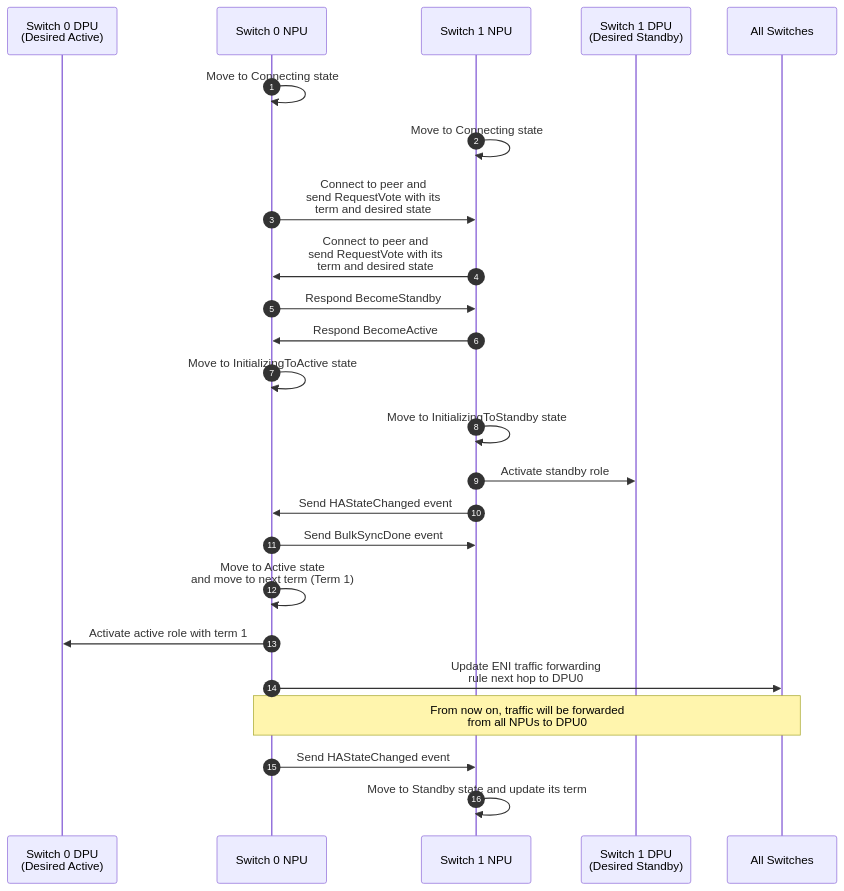
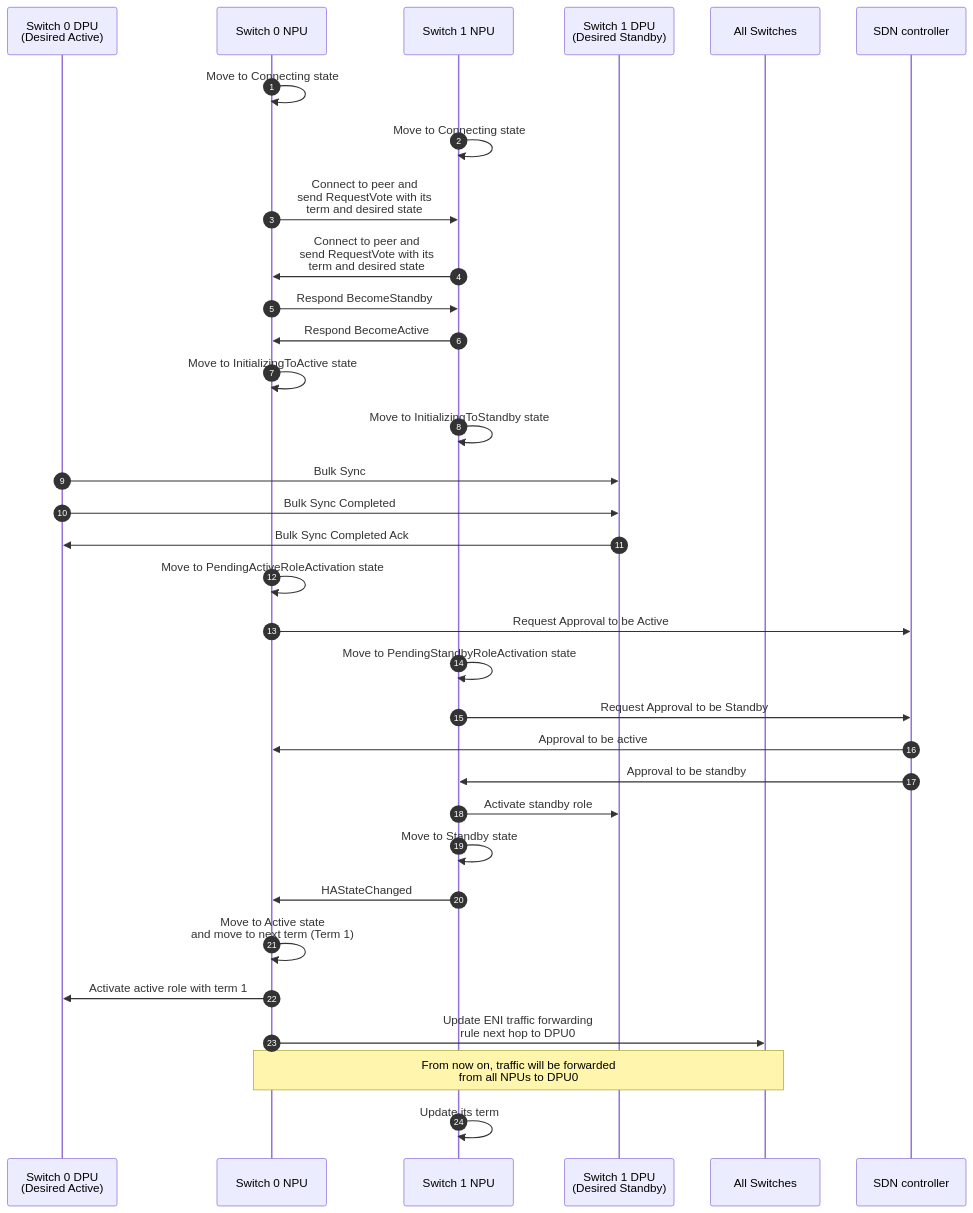
Before and after one commit to sonic-net/SONiC: the first of 6 diagrams in doc/smart-switch/high-availability/smart-switch-ha-hld.md, drawn with Mermaid. The commit also changed other lines of this file, not shown here.

````diff
--- a/doc/smart-switch/high-availability/smart-switch-ha-hld.md
+++ b/doc/smart-switch/high-availability/smart-switch-ha-hld.md
@@ -981,32 +983,40 @@
 ```mermaid
 sequenceDiagram
     autonumber
 
     participant S0D as Switch 0 DPU<br>(Desired Active)
     participant S0N as Switch 0 NPU
     participant S1N as Switch 1 NPU
     participant S1D as Switch 1 DPU<br>(Desired Standby)
     participant SA as All Switches
+    participant SDN as SDN controller
 
     S0N->>S0N: Move to Connecting state
     S1N->>S1N: Move to Connecting state
 
     S0N->>S1N: Connect to peer and<br>send RequestVote with its<br>term and desired state
     S1N->>S0N: Connect to peer and<br>send RequestVote with its<br>term and desired state
     S0N->>S1N: Respond BecomeStandby
     S1N->>S0N: Respond BecomeActive
 
     S0N->>S0N: Move to InitializingToActive state
     S1N->>S1N: Move to InitializingToStandby state
+    S0D->>S1D: Bulk Sync
+    S0D->>S1D: Bulk Sync Completed
+    S1D->>S0D: Bulk Sync Completed Ack
+    S0N->>S0N: Move to PendingActiveRoleActivation state
+    S0N->>SDN: Request Approval to be Active
+    S1N->>S1N: Move to PendingStandbyRoleActivation state
+    S1N->>SDN: Request Approval to be Standby
+
+    SDN->>S0N: Approval to be active
+    SDN->>S1N: Approval to be standby
     S1N->>S1D: Activate standby role
-    S1N->>S0N: Send HAStateChanged event
-
-    S0N->>S1N: Send BulkSyncDone event
+    S1N->>S1N: Move to Standby state
+    S1N->>S0N: HAStateChanged
     S0N->>S0N: Move to Active state<br>and move to next term (Term 1)
     S0N->>S0D: Activate active role with term 1
     S0N->>SA: Update ENI traffic forwarding<br>rule next hop to DPU0
     Note over S0N,SA: From now on, traffic will be forwarded<br>from all NPUs to DPU0
-    S0N->>S1N: Send HAStateChanged event
-
-    S1N->>S1N: Move to Standby state and update its term
+    S1N->>S1N: Update its term
 ```
````
